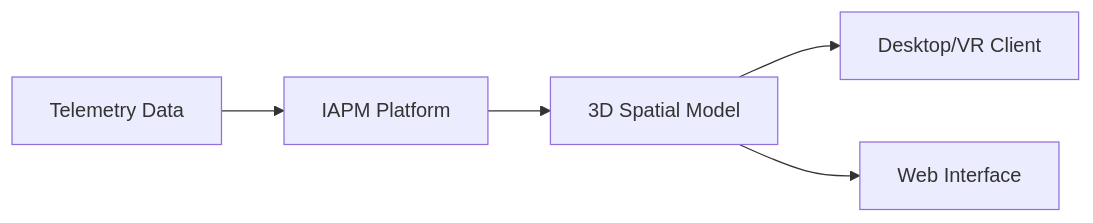
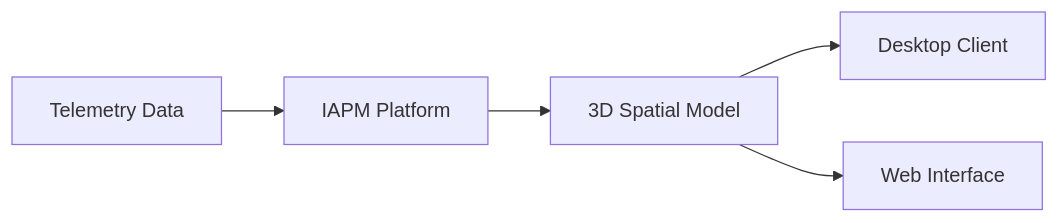
Before and after one commit to ImmersiveFusion/if-apm-documentation-http: the diagram in docs/Resources/Terms-and-Concepts/DC/index.md, drawn with Mermaid. The commit also changed other lines of this file and 10 other files, not shown here.

````diff
--- a/docs/Resources/Terms-and-Concepts/DC/index.md
+++ b/docs/Resources/Terms-and-Concepts/DC/index.md
@@ -18,7 +18,7 @@
 ```mermaid
 graph LR
     A[Telemetry Data] --> B[IAPM Platform]
     B --> C[3D Spatial Model]
-    C --> D[Desktop/VR Client]
+    C --> D[Desktop Client]
     C --> E[Web Interface]
 ```
````
